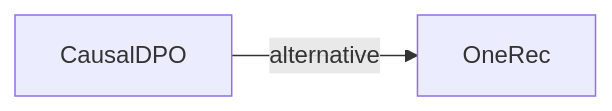
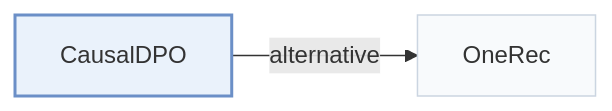
Before and after one commit to Galaxy-ghost/Awesome-SID-Generative-Rec: the second of 2 diagrams in pages/papers/causaldpo.md, drawn with Mermaid. The commit also changed other lines of this file and 649 other files, not shown here.

Commit message:
writer-05: also tags and modality index (schema, check, build, visuals); summary field removed; calibration data for 12 papers

````diff
--- a/pages/papers/causaldpo.md
+++ b/pages/papers/causaldpo.md
@@ -67,5 +74,9 @@
 ```mermaid
 flowchart LR
     P["CausalDPO"]
-    P -->|alternative| A["OneRec"]
+    P -->|"alternative"| A["OneRec"]
+    classDef main fill:#eaf2fb,stroke:#6b8fc7,stroke-width:2px
+    classDef peer fill:#f8fafc,stroke:#cbd5e1
+    class P main
+    class A peer
 ```
````
